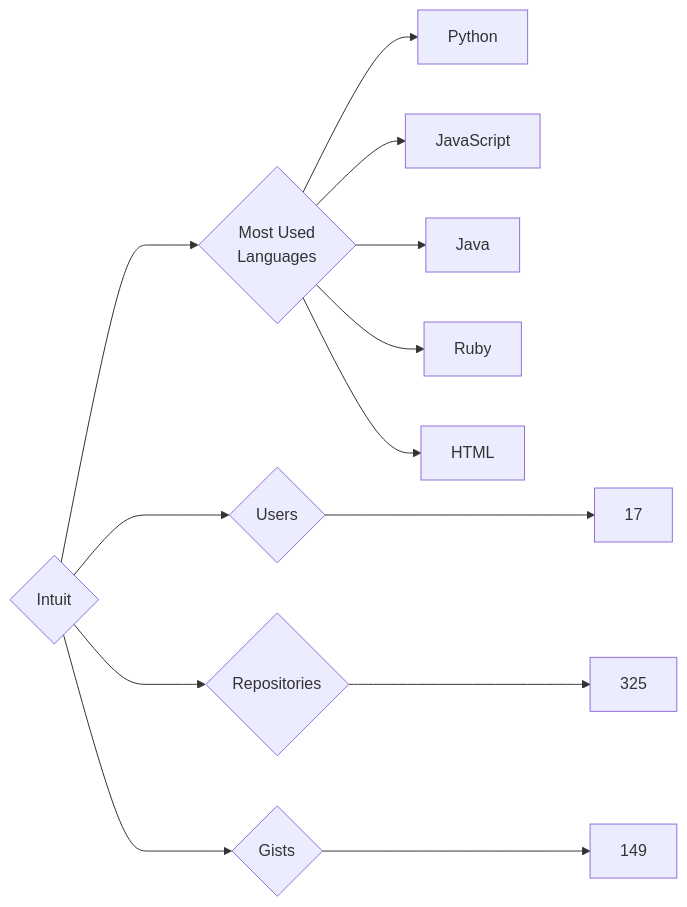
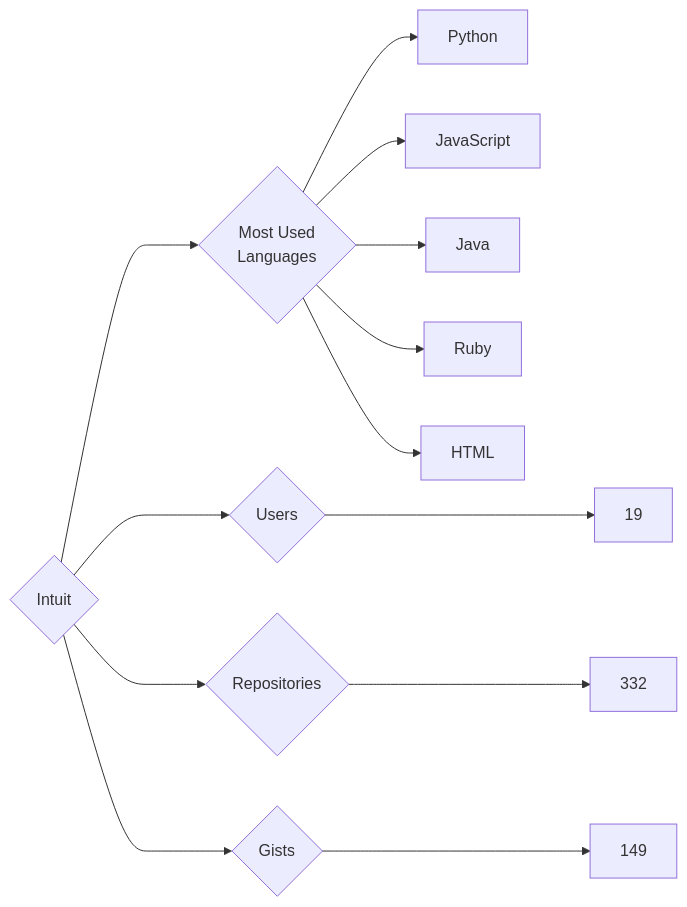
Before and after one commit to trickest/insiders: the diagram in targets/Intuit/README.md, drawn with Mermaid. The commit also changed 611 other files, not shown here.

````diff
--- a/targets/Intuit/README.md
+++ b/targets/Intuit/README.md
@@ -3,13 +3,13 @@
 ```mermaid
 graph LR
 COMPANY_NAME{Intuit}
-COMPANY_NAME ---> U{Users} ---> UN[17]
-COMPANY_NAME ---> R{Repositories} ---> RN[325]
+COMPANY_NAME ---> U{Users} ---> UN[19]
+COMPANY_NAME ---> R{Repositories} ---> RN[332]
 COMPANY_NAME ---> G{Gists} ---> GN[149]
 COMPANY_NAME ---> ML{Most Used<br>Languages}
 ML --> Python[Python]
 ML --> JavaScript[JavaScript]
 ML --> Java[Java]
 ML --> Ruby[Ruby]
 ML --> HTML[HTML]
 ```
````
